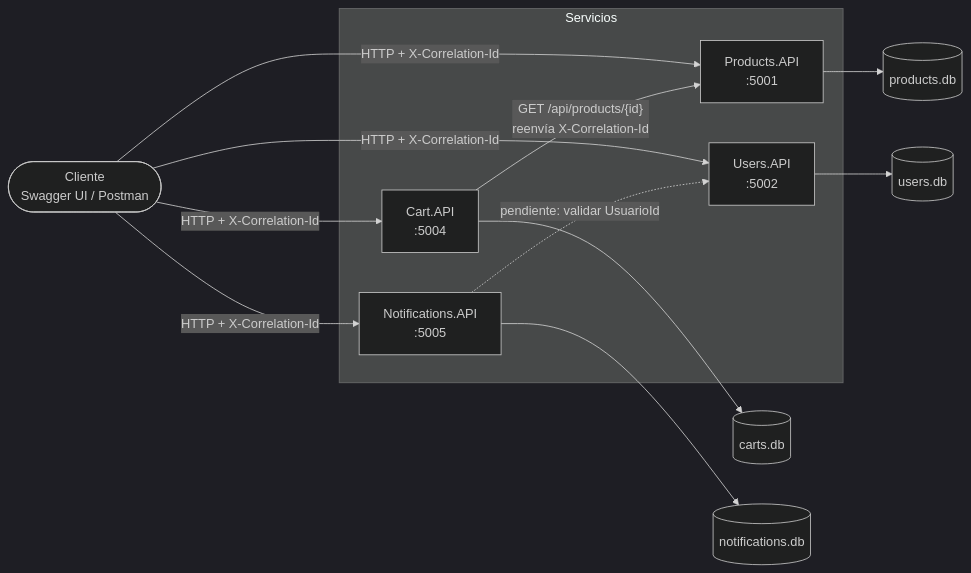
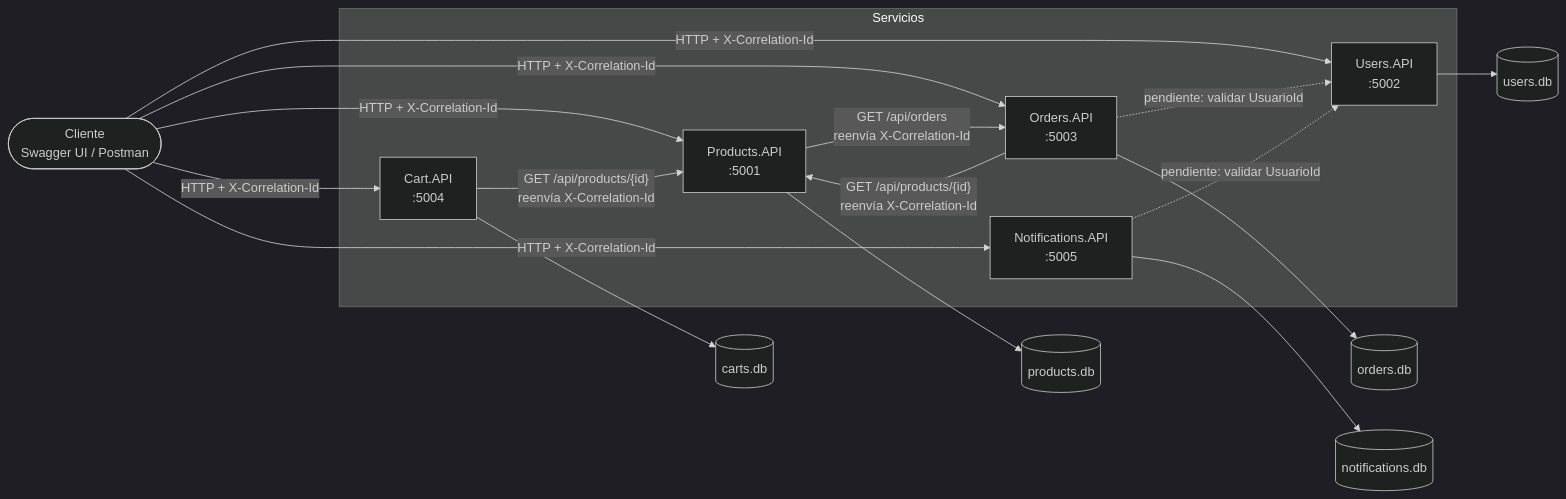
The diagram in README.md (robertoetcheverryr/ECommerce13), drawn with Mermaid (dark theme) before and after one commit. The commit also changed other lines of this file, not shown here.

Commit message:
Update diagram, and other parts of the readme

````diff
--- a/README.md
+++ b/README.md
@@ -34,29 +34,36 @@
 ```mermaid
 flowchart LR
     Cliente([Cliente<br/>Swagger UI / Postman])
 
     subgraph Servicios
         P[Products.API<br/>:5001]
         U[Users.API<br/>:5002]
+        O[Orders.API<br/>:5003]
         C[Cart.API<br/>:5004]
         N[Notifications.API<br/>:5005]
     end
 
     PDB[(products.db)]
     UDB[(users.db)]
+    ODB[(orders.db)]
     CDB[(carts.db)]
     NDB[(notifications.db)]
 
     Cliente -->|HTTP + X-Correlation-Id| P
     Cliente -->|HTTP + X-Correlation-Id| U
+    Cliente -->|HTTP + X-Correlation-Id| O
     Cliente -->|HTTP + X-Correlation-Id| C
     Cliente -->|HTTP + X-Correlation-Id| N
 
     P --> PDB
     U --> UDB
+    O --> ODB
     C --> CDB
     N --> NDB
 
-    C -->|"GET /api/products/{id}<br/>reenvía X-Correlation-Id<br/>"| P
+    C -->|"GET /api/products/{id}<br/>reenvía X-Correlation-Id"| P
+    O -->|"GET /api/products/{id}<br/>reenvía X-Correlation-Id"| P
+    P -->|"GET /api/orders<br/>reenvía X-Correlation-Id"| O
+    O -.->|"pendiente: validar UsuarioId"| U
     N -.->|"pendiente: validar UsuarioId"| U
 ```
````
